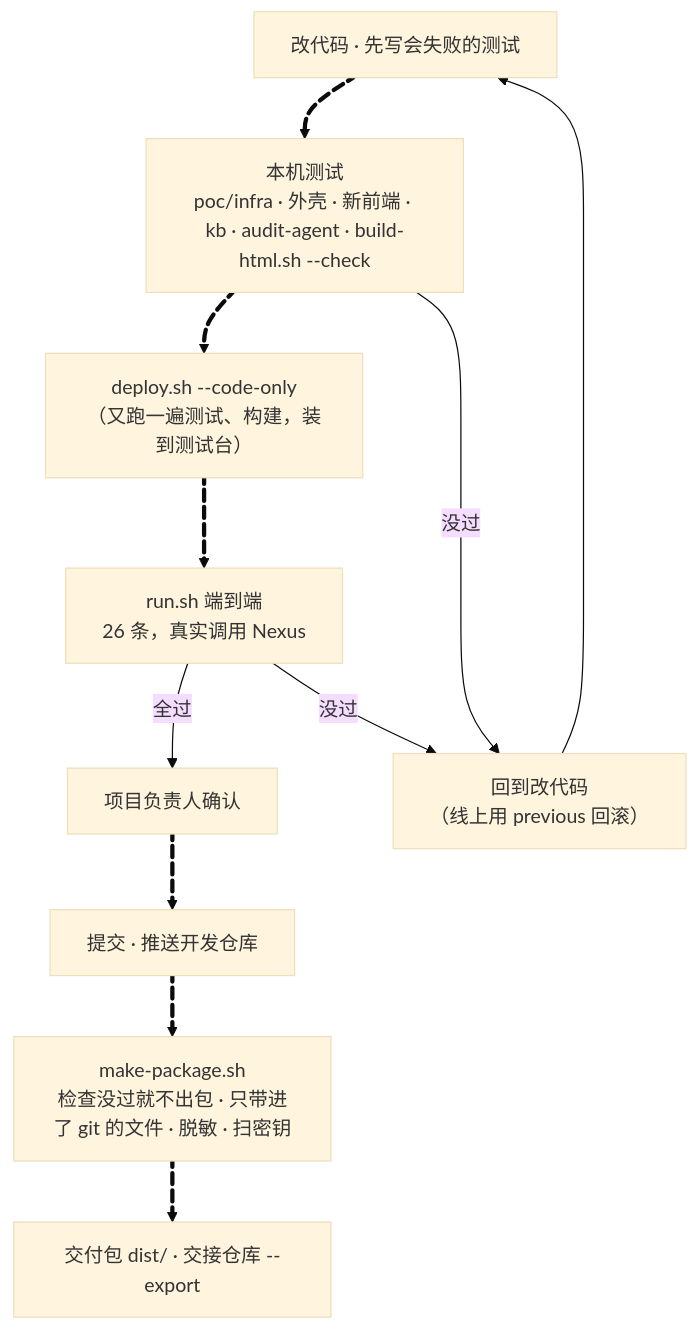
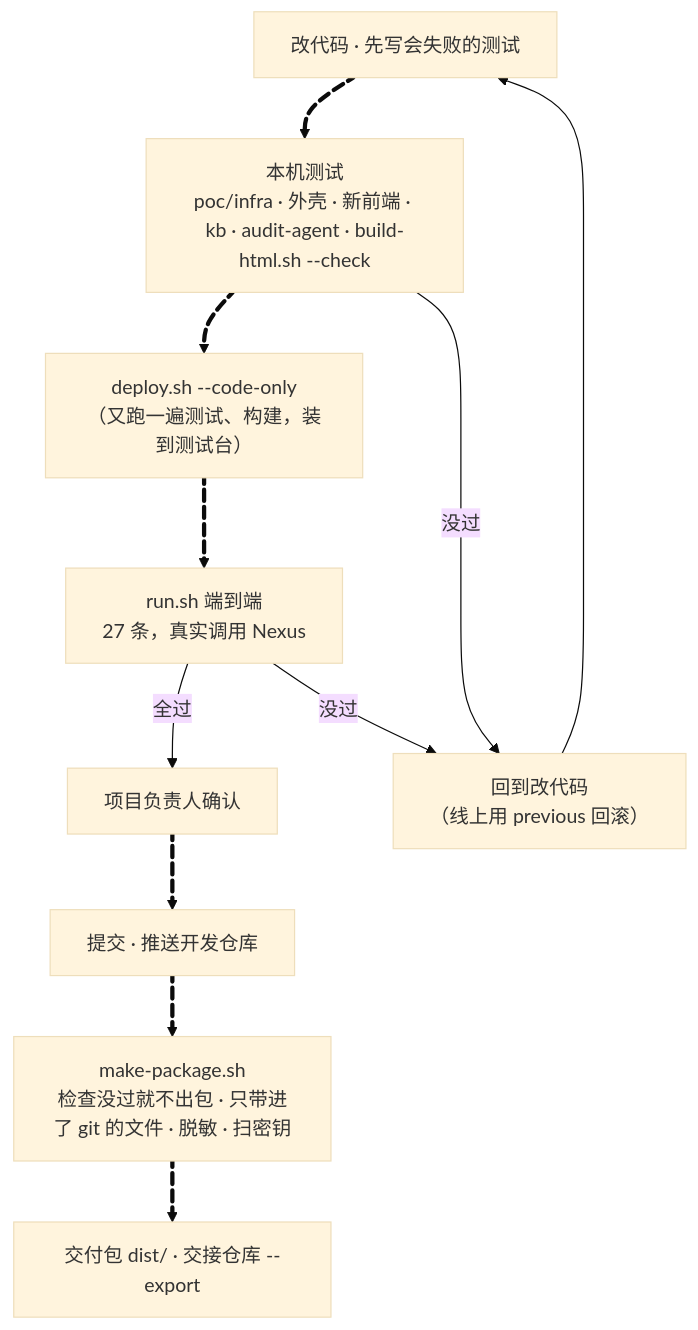
The diagram in docs/assets/diagrams/dev-workflow.mmd (LiboMa/nexus-jiuan-agent-framework-poc), drawn with Mermaid (base theme) before and after one commit. The commit also changed 38 other files, not shown here.

```diff
--- a/docs/assets/diagrams/dev-workflow.mmd
+++ b/docs/assets/diagrams/dev-workflow.mmd
@@ -1,26 +1,26 @@
 flowchart TD
   change["改代码 · 先写会失败的测试"]
   unit["本机测试<br/>poc/infra · 外壳 · 新前端 · kb · audit-agent · build-html.sh --check"]
   deploy["deploy.sh --code-only<br/>（又跑一遍测试、构建，装到测试台）"]
-  e2e["run.sh 端到端<br/>26 条，真实调用 Nexus"]
+  e2e["run.sh 端到端<br/>27 条，真实调用 Nexus"]
   owner["项目负责人确认"]
   push["提交 · 推送开发仓库"]
   pkg["make-package.sh<br/>检查没过就不出包 · 只带进了 git 的文件 · 脱敏 · 扫密钥"]
   out["交付包 dist/ · 交接仓库 --export"]
   fix["回到改代码<br/>（线上用 previous 回滚）"]
   change e1@==> unit e2@==> deploy e3@==> e2e
   e2e -- 全过 --> owner
   owner e4@==> push e5@==> pkg e6@==> out
   unit -- 没过 --> fix
   e2e -- 没过 --> fix
   fix --> change
   e1@{ animate: true }
   e2@{ animate: true }
   e3@{ animate: true }
   e4@{ animate: true }
   e5@{ animate: true }
   e6@{ animate: true }
   class change,unit,deploy poc
   class e2e,owner gate
   class push,pkg,out good
   class fix risk
```
